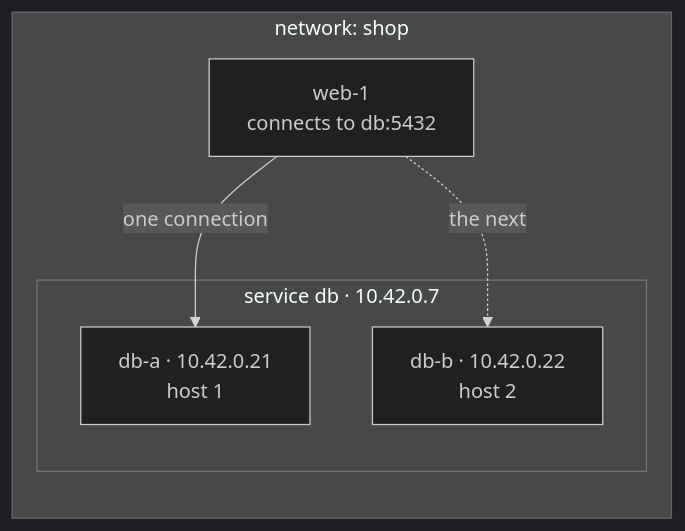
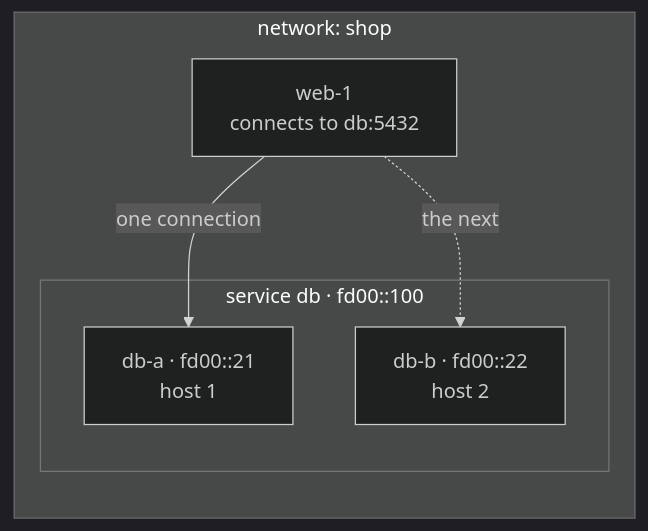
The fourth of 4 diagrams in README.md (danthegoodman1/sdn.sh), drawn with Mermaid (dark theme) before and after one commit. The commit also changed other lines of this file and 1 other file, not shown here.

````diff
--- a/README.md
+++ b/README.md
@@ -43,12 +190,12 @@
 ```mermaid
 flowchart LR
   subgraph N["network: shop"]
     W["web-1<br/>connects to db:5432"]
-    subgraph S["service db · 10.42.0.7"]
-      D1["db-a · 10.42.0.21<br/>host 1"]
-      D2["db-b · 10.42.0.22<br/>host 2"]
+    subgraph S["service db · fd00::100"]
+      D1["db-a · fd00::21<br/>host 1"]
+      D2["db-b · fd00::22<br/>host 2"]
     end
   end
   W -->|one connection| D1
   W -.->|the next| D2
 ```
````
